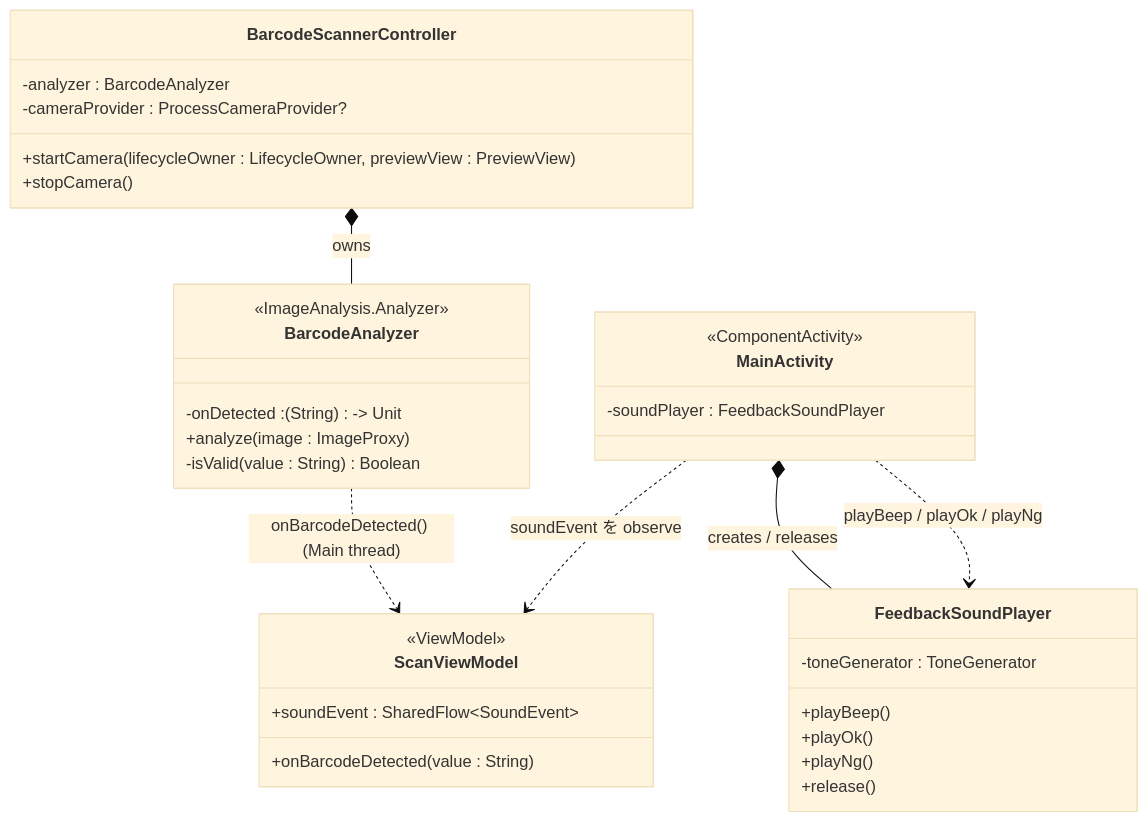
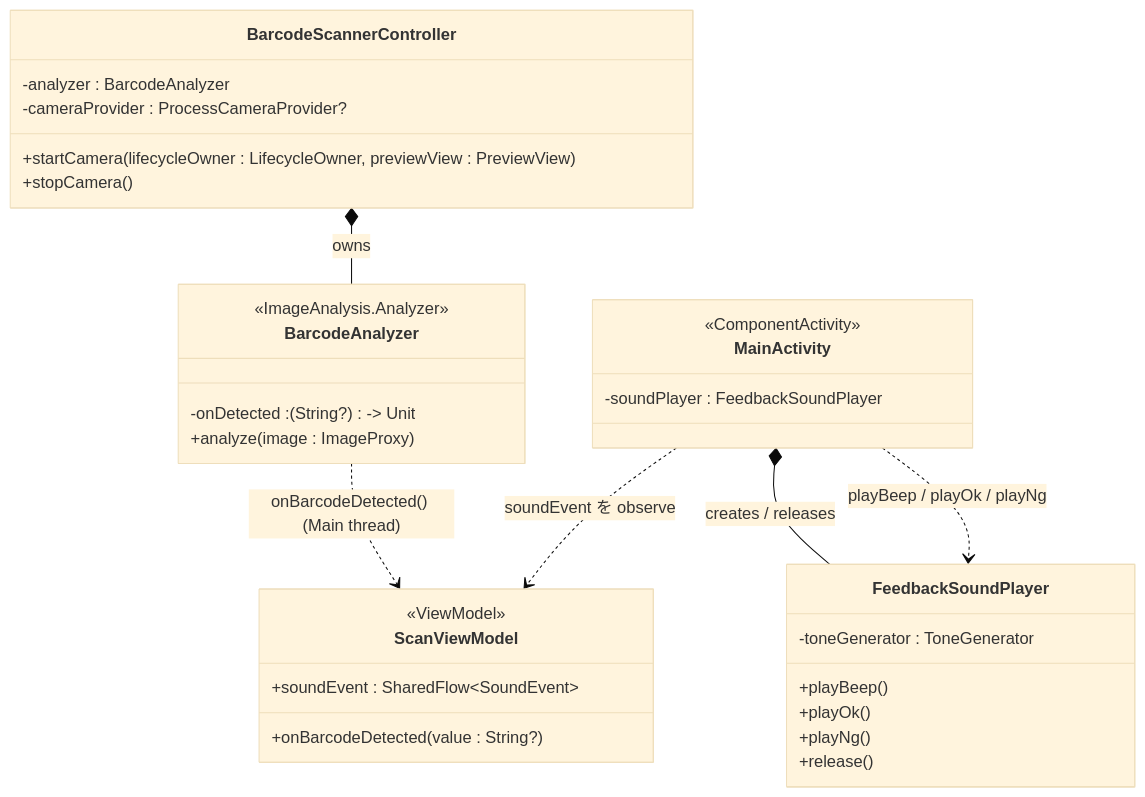
The third of 3 diagrams in CLASS.md (garyohosu/barcodereader), drawn with Mermaid (base theme) before and after one commit. The commit also changed other lines of this file and 1 other file, not shown here.

Commit message:
Refine class diagram responsibilities

````diff
--- a/CLASS.md
+++ b/CLASS.md
@@ -231,41 +229,40 @@
 ```mermaid
 classDiagram
     class BarcodeAnalyzer {
         <<ImageAnalysis.Analyzer>>
-        -onDetected : (String) -> Unit
+        -onDetected : (String?) -> Unit
         +analyze(image : ImageProxy)
-        -isValid(value : String) Boolean
     }
 
     class BarcodeScannerController {
         -analyzer : BarcodeAnalyzer
         -cameraProvider : ProcessCameraProvider?
         +startCamera(lifecycleOwner : LifecycleOwner, previewView : PreviewView)
         +stopCamera()
     }
 
     class FeedbackSoundPlayer {
         -toneGenerator : ToneGenerator
         +playBeep()
         +playOk()
         +playNg()
         +release()
     }
 
     class ScanViewModel {
         <<ViewModel>>
         +soundEvent : SharedFlow~SoundEvent~
-        +onBarcodeDetected(value : String)
+        +onBarcodeDetected(value : String?)
     }
 
     class MainActivity {
         <<ComponentActivity>>
         -soundPlayer : FeedbackSoundPlayer
     }
 
     BarcodeScannerController *-- BarcodeAnalyzer : owns
     BarcodeAnalyzer ..> ScanViewModel : onBarcodeDetected() (Main thread)
     MainActivity *-- FeedbackSoundPlayer : creates / releases
     MainActivity ..> ScanViewModel : soundEvent を observe
     MainActivity ..> FeedbackSoundPlayer : playBeep / playOk / playNg
 ```
````
